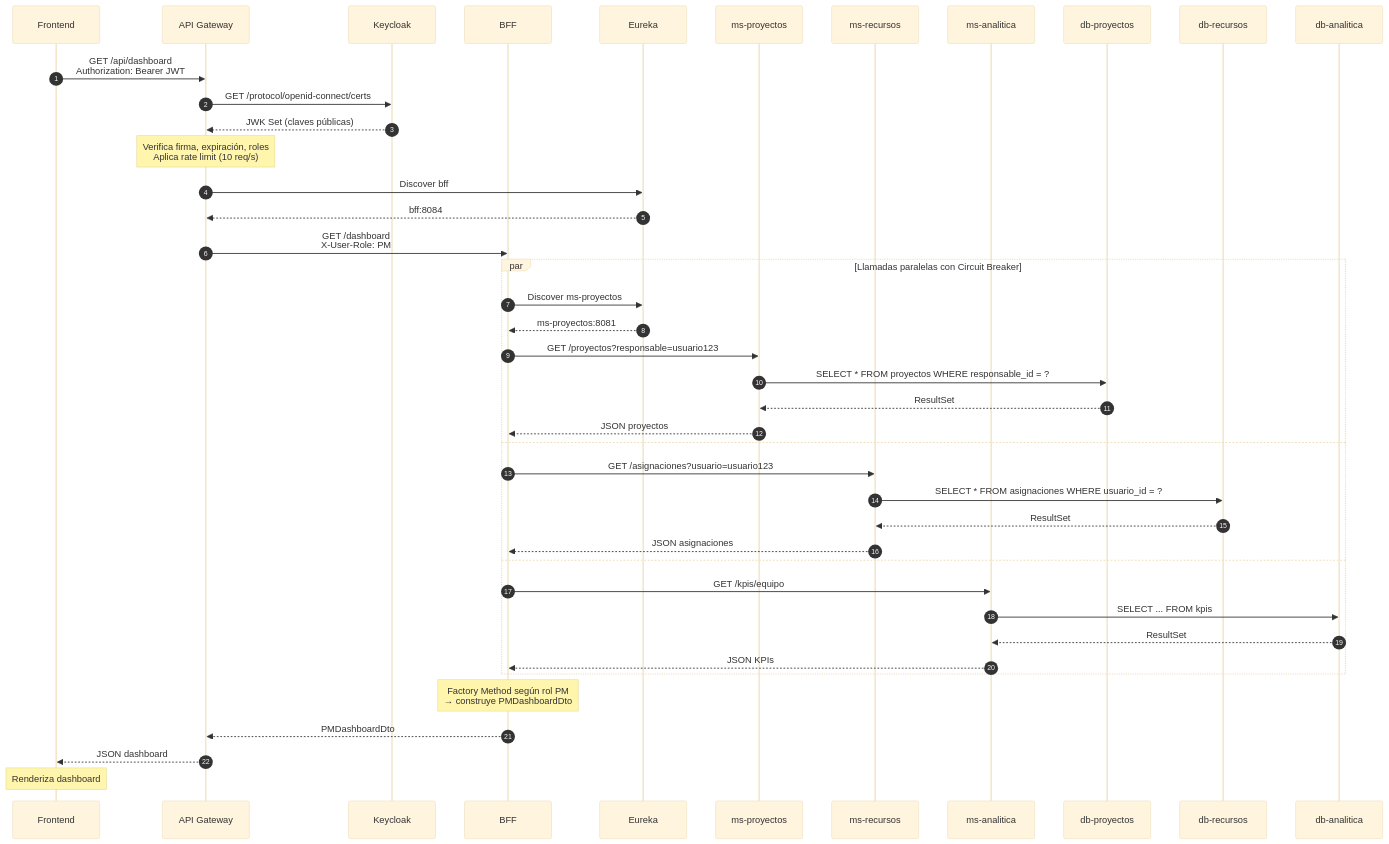
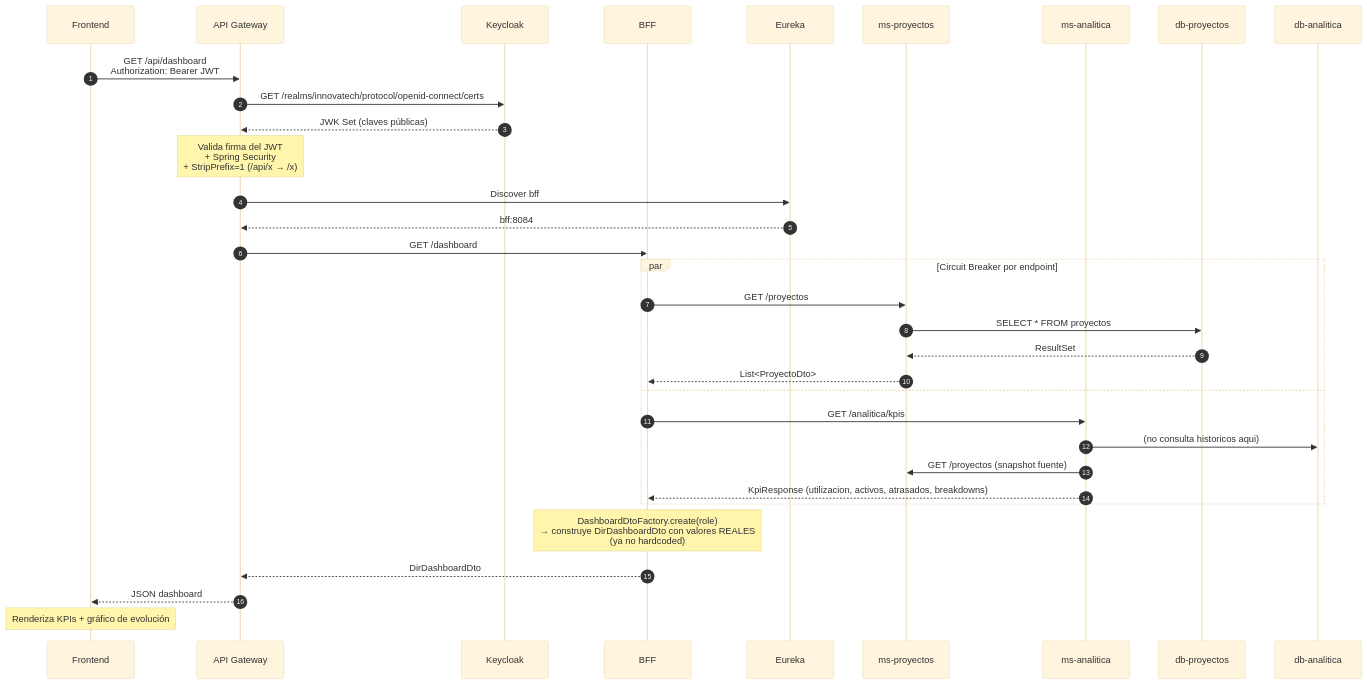
Before and after one commit to najescobar-ui/innovatechSolutionNEEP_FS: the third of 7 diagrams in README.md, drawn with Mermaid (base theme). The commit also changed other lines of this file, not shown here.

````diff
--- a/README.md
+++ b/README.md
@@ -180,47 +184,38 @@
 ```mermaid
 sequenceDiagram
     autonumber
     participant FE as Frontend
     participant GW as API Gateway
     participant KC as Keycloak
     participant BFF
     participant E as Eureka
     participant P as ms-proyectos
-    participant R as ms-recursos
     participant A as ms-analitica
     participant DBP as db-proyectos
-    participant DBR as db-recursos
     participant DBA as db-analitica
 
     FE->>GW: GET /api/dashboard<br/>Authorization: Bearer JWT
-    GW->>KC: GET /protocol/openid-connect/certs
+    GW->>KC: GET /realms/innovatech/protocol/openid-connect/certs
     KC-->>GW: JWK Set (claves públicas)
-    Note over GW: Verifica firma, expiración, roles<br/>Aplica rate limit (10 req/s)
+    Note over GW: Valida firma del JWT<br/>+ Spring Security<br/>+ StripPrefix=1 (/api/x → /x)
     GW->>E: Discover bff
     E-->>GW: bff:8084
-    GW->>BFF: GET /dashboard<br/>X-User-Role: PM
+    GW->>BFF: GET /dashboard
 
-    par Llamadas paralelas con Circuit Breaker
-        BFF->>E: Discover ms-proyectos
-        E-->>BFF: ms-proyectos:8081
-        BFF->>P: GET /proyectos?responsable=usuario123
-        P->>DBP: SELECT * FROM proyectos WHERE responsable_id = ?
+    par Circuit Breaker por endpoint
+        BFF->>P: GET /proyectos
+        P->>DBP: SELECT * FROM proyectos
         DBP-->>P: ResultSet
-        P-->>BFF: JSON proyectos
+        P-->>BFF: List<ProyectoDto>
     and
-        BFF->>R: GET /asignaciones?usuario=usuario123
-        R->>DBR: SELECT * FROM asignaciones WHERE usuario_id = ?
-        DBR-->>R: ResultSet
-        R-->>BFF: JSON asignaciones
-    and
-        BFF->>A: GET /kpis/equipo
-        A->>DBA: SELECT ... FROM kpis
-        DBA-->>A: ResultSet
-        A-->>BFF: JSON KPIs
+        BFF->>A: GET /analitica/kpis
+        A->>DBA: (no consulta historicos aqui)
+        A->>P: GET /proyectos (snapshot fuente)
+        A-->>BFF: KpiResponse (utilizacion, activos, atrasados, breakdowns)
     end
 
-    Note over BFF: Factory Method según rol PM<br/>→ construye PMDashboardDto
-    BFF-->>GW: PMDashboardDto
+    Note over BFF: DashboardDtoFactory.create(role)<br/>→ construye DirDashboardDto con valores REALES<br/>(ya no hardcoded)
+    BFF-->>GW: DirDashboardDto
     GW-->>FE: JSON dashboard
-    Note over FE: Renderiza dashboard
+    Note over FE: Renderiza KPIs + gráfico de evolución
 ```
````
